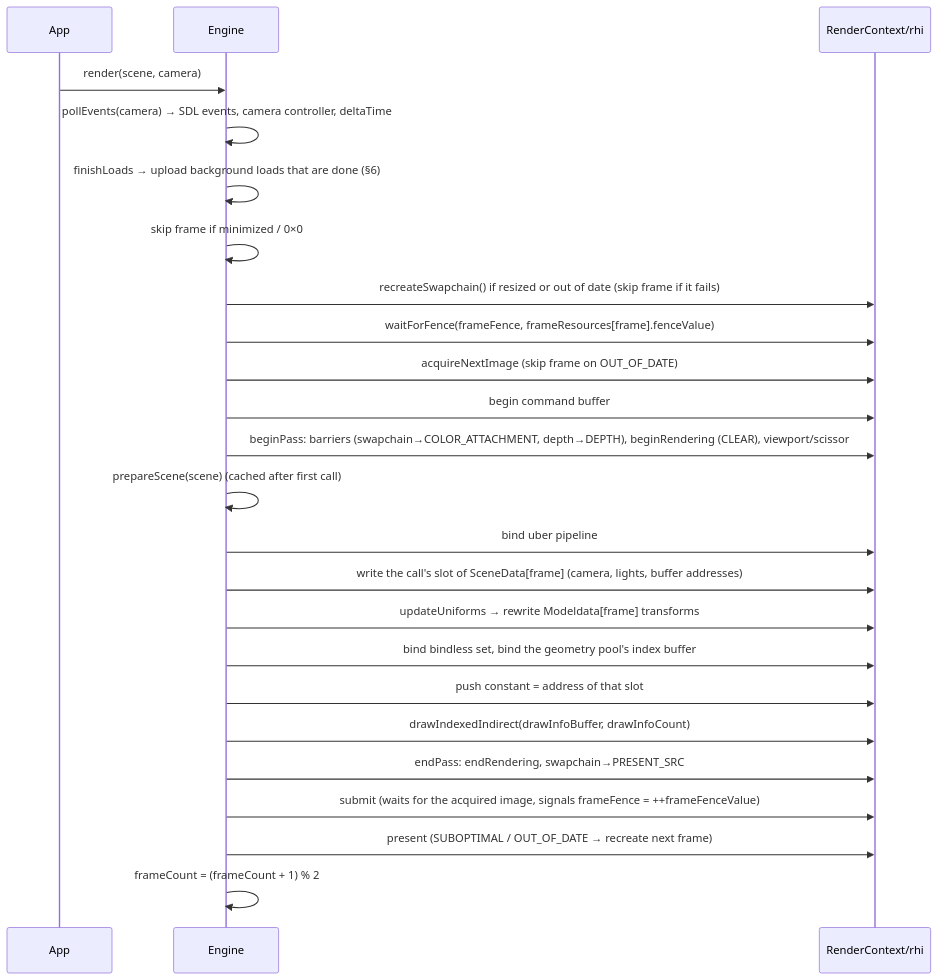
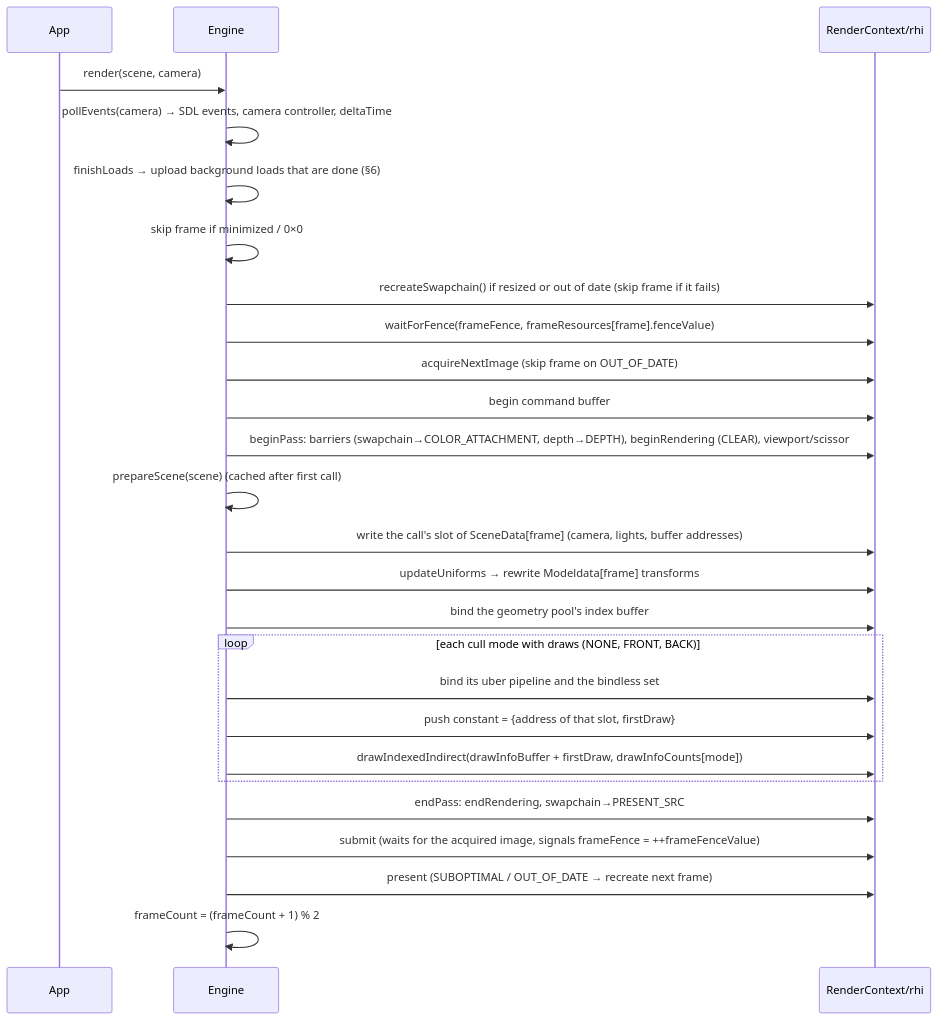
One commit to adel-elmala/rasm changed the second of 3 diagrams in docs/architecture.md. Above: the diagram before and after it, drawn with Mermaid. The commit also changed other lines of this file and 22 other files, not shown here.

````diff
--- a/docs/architecture.md
+++ b/docs/architecture.md
@@ -81,26 +81,28 @@
 ```mermaid
 sequenceDiagram
     participant App
     participant E as Engine
     participant C as RenderContext/rhi
     App->>E: render(scene, camera)
     E->>E: pollEvents(camera) → SDL events, camera controller, deltaTime
     E->>E: finishLoads → upload background loads that are done (§6)
     E->>E: skip frame if minimized / 0×0
     E->>C: recreateSwapchain() if resized or out of date (skip frame if it fails)
     E->>C: waitForFence(frameFence, frameResources[frame].fenceValue)
     E->>C: acquireNextImage (skip frame on OUT_OF_DATE)
     E->>C: begin command buffer
     E->>C: beginPass: barriers (swapchain→COLOR_ATTACHMENT, depth→DEPTH), beginRendering (CLEAR), viewport/scissor
     E->>E: prepareScene(scene) (cached after first call)
-    E->>C: bind uber pipeline
     E->>C: write the call's slot of SceneData[frame] (camera, lights, buffer addresses)
     E->>C: updateUniforms → rewrite Modeldata[frame] transforms
-    E->>C: bind bindless set, bind the geometry pool's index buffer
-    E->>C: push constant = address of that slot
-    E->>C: drawIndexedIndirect(drawInfoBuffer, drawInfoCount)
+    E->>C: bind the geometry pool's index buffer
+    loop each cull mode with draws (NONE, FRONT, BACK)
+        E->>C: bind its uber pipeline and the bindless set
+        E->>C: push constant = {address of that slot, firstDraw}
+        E->>C: drawIndexedIndirect(drawInfoBuffer + firstDraw, drawInfoCounts[mode])
+    end
     E->>C: endPass: endRendering, swapchain→PRESENT_SRC
     E->>C: submit (waits for the acquired image, signals frameFence = ++frameFenceValue)
     E->>C: present (SUBOPTIMAL / OUT_OF_DATE → recreate next frame)
     E->>E: frameCount = (frameCount + 1) % 2
 ```
````
